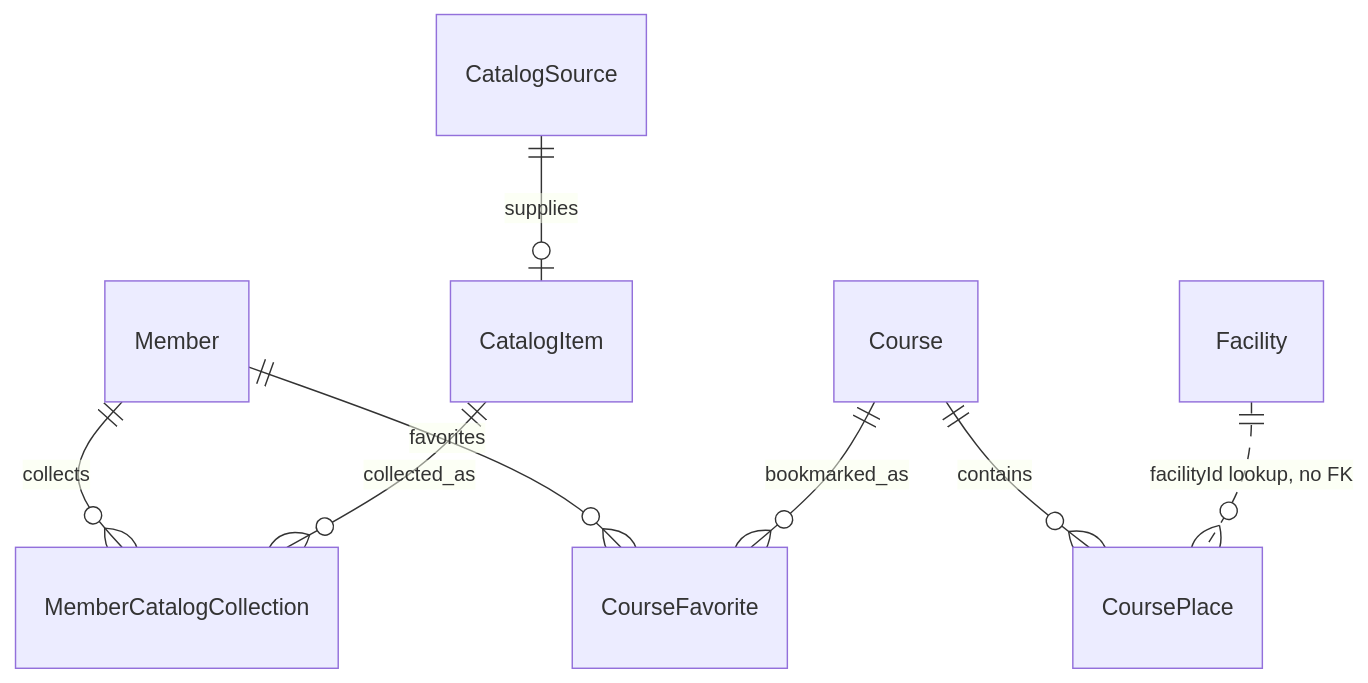
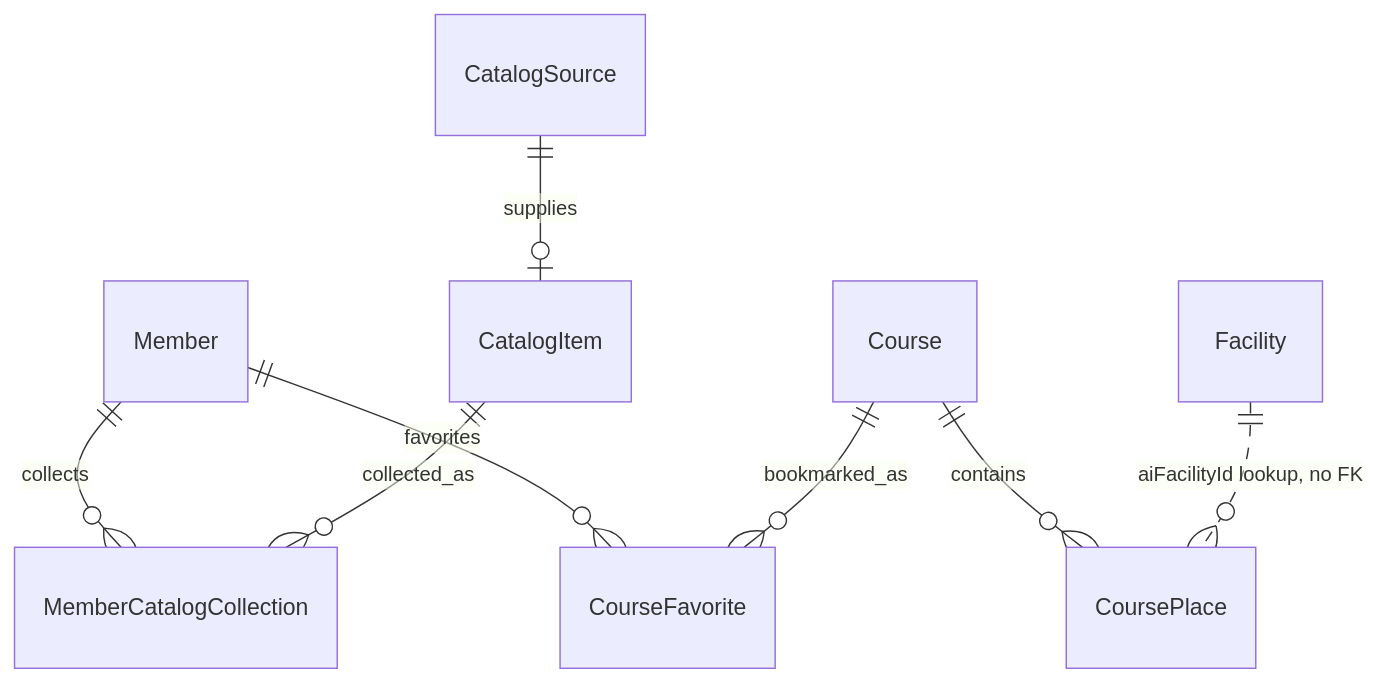
One commit to kjh0718/eodageo-backend changed the diagram in docs/week5-design.md. Above: the diagram before and after it, drawn with Mermaid. The commit also changed other lines of this file and 10 other files, not shown here.

````diff
--- a/docs/week5-design.md
+++ b/docs/week5-design.md
@@ -31,10 +33,10 @@
 ```mermaid
 erDiagram
     Member ||--o{ MemberCatalogCollection : collects
     CatalogSource ||--o| CatalogItem : supplies
     CatalogItem ||--o{ MemberCatalogCollection : collected_as
     Member ||--o{ CourseFavorite : favorites
     Course ||--o{ CourseFavorite : bookmarked_as
     Course ||--o{ CoursePlace : contains
-    Facility ||..o{ CoursePlace : "facilityId lookup, no FK"
+    Facility ||..o{ CoursePlace : "aiFacilityId lookup, no FK"
 ```
````
